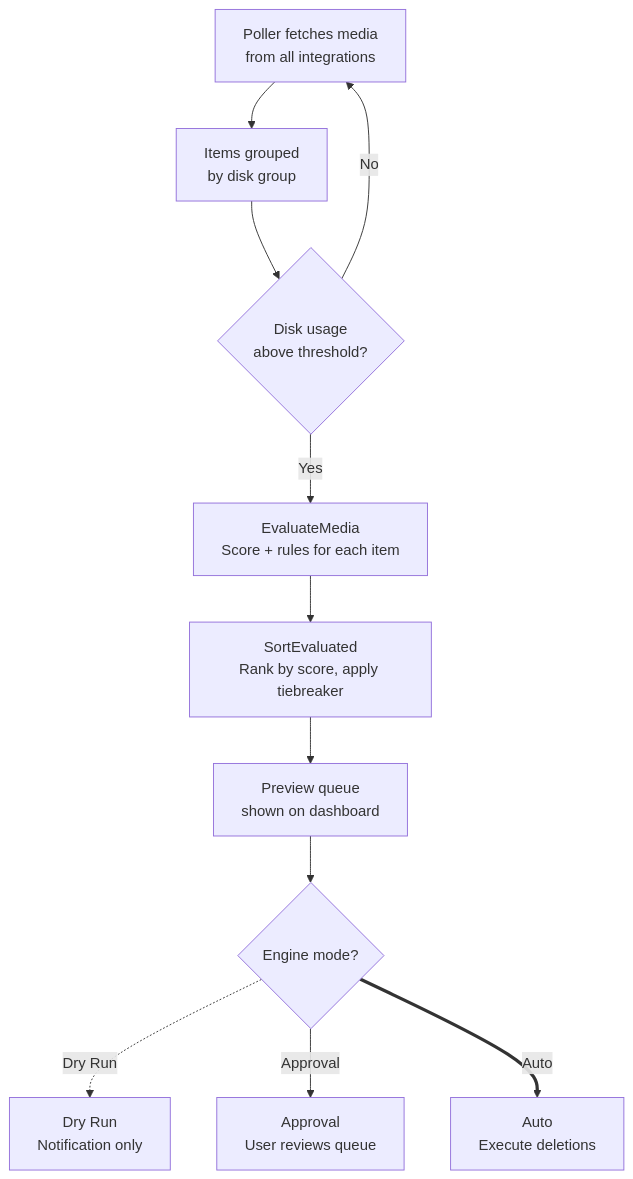
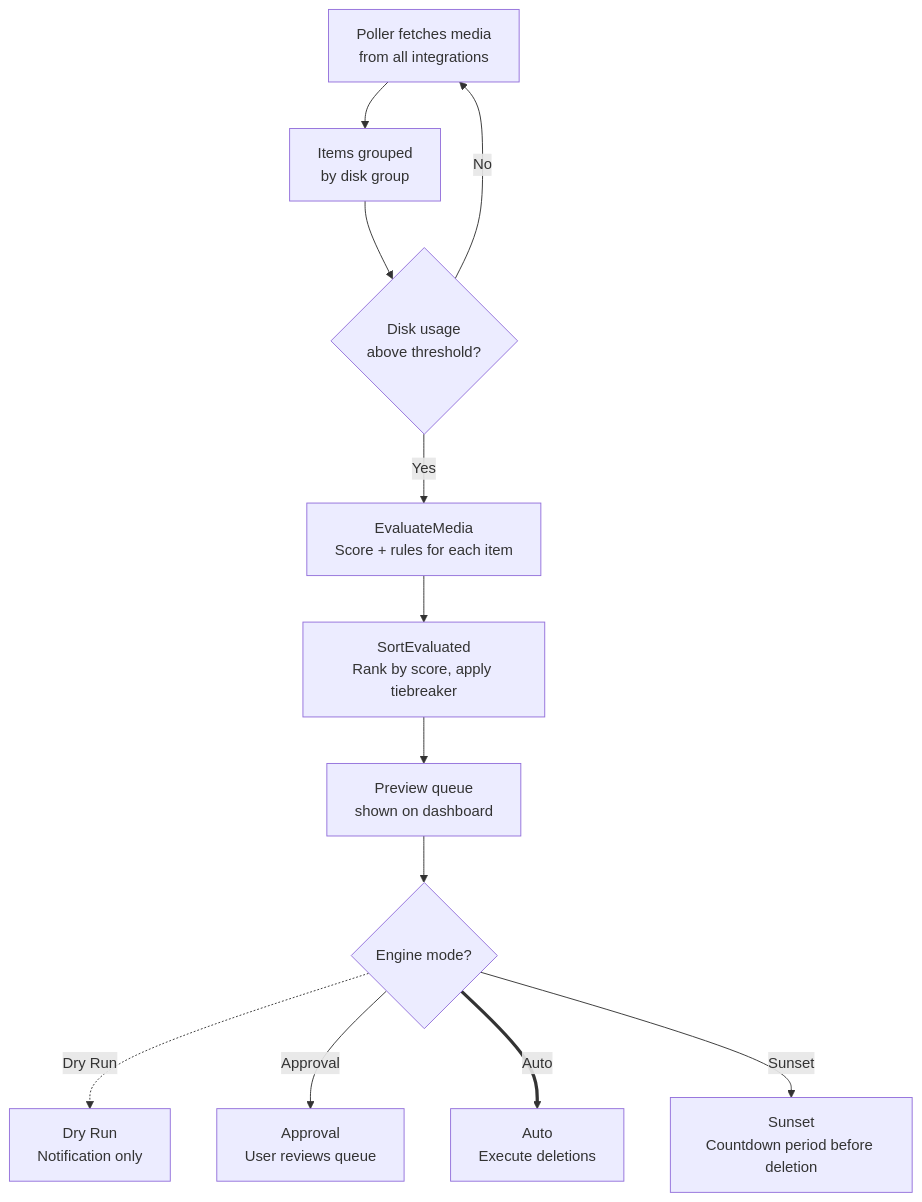
Before and after one commit to Wesleyl89/capacitarr: the second of 2 diagrams in docs/guides/scoring.md, drawn with Mermaid. The commit also changed 53 other files, not shown here.

````diff
--- a/docs/guides/scoring.md
+++ b/docs/guides/scoring.md
@@ -279,24 +279,26 @@
 ```mermaid
 flowchart TD
     POLL["Poller fetches media<br/>from all integrations"]
     GROUP["Items grouped<br/>by disk group"]
     THRESHOLD{"Disk usage<br/>above threshold?"}
     EVALUATE["EvaluateMedia<br/>Score + rules for each item"]
     RANK["SortEvaluated<br/>Rank by score, apply tiebreaker"]
     PREVIEW["Preview queue<br/>shown on dashboard"]
     MODE{"Engine mode?"}
     NOTIFY["Dry Run<br/>Notification only"]
     APPROVE["Approval<br/>User reviews queue"]
     AUTO["Auto<br/>Execute deletions"]
+    SUNSET["Sunset<br/>Countdown period before deletion"]
 
     POLL --> GROUP
     GROUP --> THRESHOLD
     THRESHOLD -->|"No"| POLL
     THRESHOLD -->|"Yes"| EVALUATE
     EVALUATE --> RANK
     RANK --> PREVIEW
     PREVIEW --> MODE
     MODE -.->|"Dry Run"| NOTIFY
     MODE -->|"Approval"| APPROVE
     MODE ==>|"Auto"| AUTO
+    MODE -->|"Sunset"| SUNSET
 ```
````
